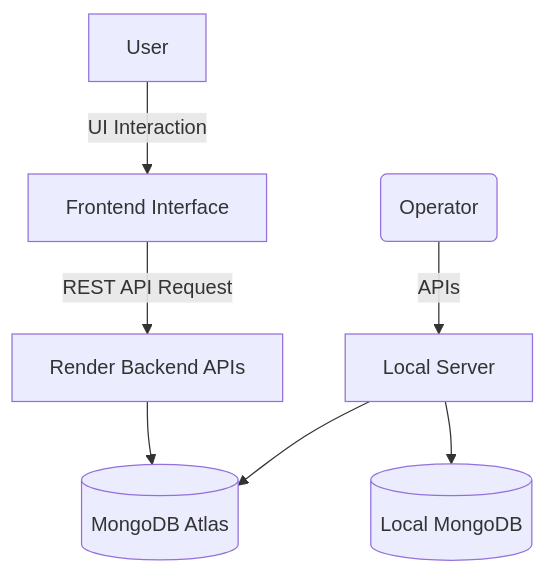
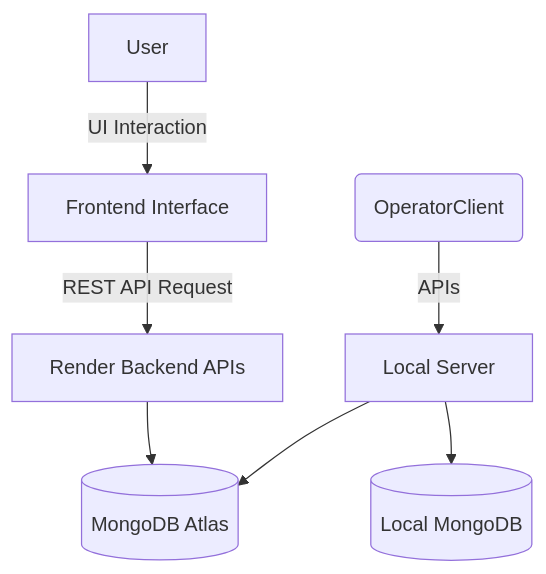
Before and after one commit to vedansh-tyagi245/RT-IDS: the diagram in readme.md, drawn with Mermaid.

````diff
--- a/readme.md
+++ b/readme.md
@@ -26,11 +26,11 @@
 ```mermaid
 flowchart TD
     User -->|UI Interaction| Frontend[Frontend Interface]
     Frontend -->|REST API Request| Backend[Render Backend APIs]
     Backend --> AtlasDB[(MongoDB Atlas)]
 
-    Client(Operator) -->|APIs| LocalServer[Local Server]
+    Client(OperatorClient) -->|APIs| LocalServer[Local Server]
     LocalServer --> LocalDB[(Local MongoDB)]
     LocalServer --> AtlasDB[(MongoDB Atlas)]
 
 ```
````
